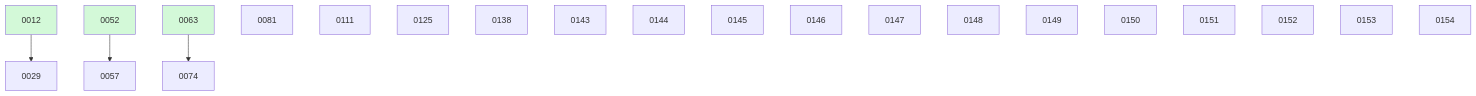
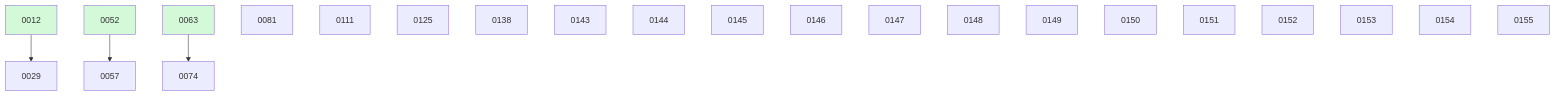
The diagram in docs/changes/BOARD.md (ethanhinson/fuse), drawn with Mermaid before and after one commit. The commit also changed other lines of this file and 1 other file, not shown here.

````diff
--- a/docs/changes/BOARD.md
+++ b/docs/changes/BOARD.md
@@ -44,26 +45,27 @@
 ```mermaid
 graph TD
   0012 --> 0029
   0052 --> 0057
   0063 --> 0074
   0081
   0111
   0125
   0138
   0143
   0144
   0145
   0146
   0147
   0148
   0149
   0150
   0151
   0152
   0153
   0154
+  0155
   0012:::done
   0052:::done
   0063:::done
   classDef done fill:#d3f9d8;
 ```
````
